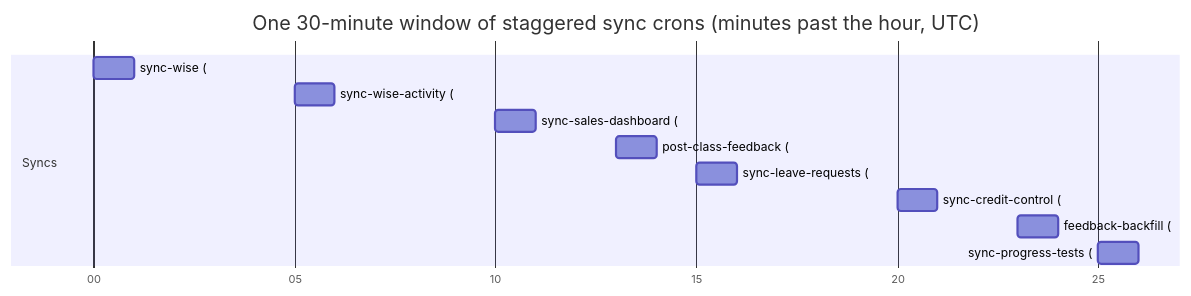
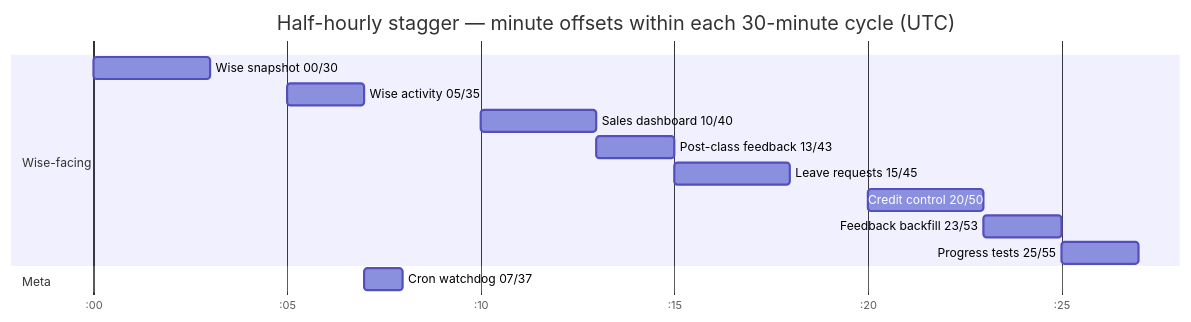
One commit to kasheesh711/bgscheduler changed the first of 3 diagrams in docs/reference/crons.md. Above: the diagram before and after it, drawn with Mermaid. The commit also changed other lines of this file and 71 other files, not shown here.

````diff
--- a/docs/reference/crons.md
+++ b/docs/reference/crons.md
@@ -35,15 +45,17 @@
 ```mermaid
 gantt
-    title One 30-minute window of staggered sync crons (minutes past the hour, UTC)
-    dateFormat m
-    axisFormat %M
-    section Syncs
-    sync-wise (:00)            :a1, 0, 1m
-    sync-wise-activity (:05)   :a2, 5, 1m
-    sync-sales-dashboard (:10) :a3, 10, 1m
-    post-class-feedback (:13)  :a4, 13, 1m
-    sync-leave-requests (:15)  :a5, 15, 1m
-    sync-credit-control (:20)  :a6, 20, 1m
-    feedback-backfill (:23)    :a7, 23, 1m
-    sync-progress-tests (:25)  :a8, 25, 1m
+    title Half-hourly stagger — minute offsets within each 30-minute cycle (UTC)
+    dateFormat mm
+    axisFormat :%M
+    section Wise-facing
+    Wise snapshot 00/30        :a1, 00, 3m
+    Wise activity 05/35        :a2, 05, 2m
+    Sales dashboard 10/40      :a3, 10, 3m
+    Post-class feedback 13/43  :a4, 13, 2m
+    Leave requests 15/45       :a5, 15, 3m
+    Credit control 20/50       :a6, 20, 3m
+    Feedback backfill 23/53    :a7, 23, 2m
+    Progress tests 25/55       :a8, 25, 2m
+    section Meta
+    Cron watchdog 07/37        :b1, 07, 1m
 ```
````
